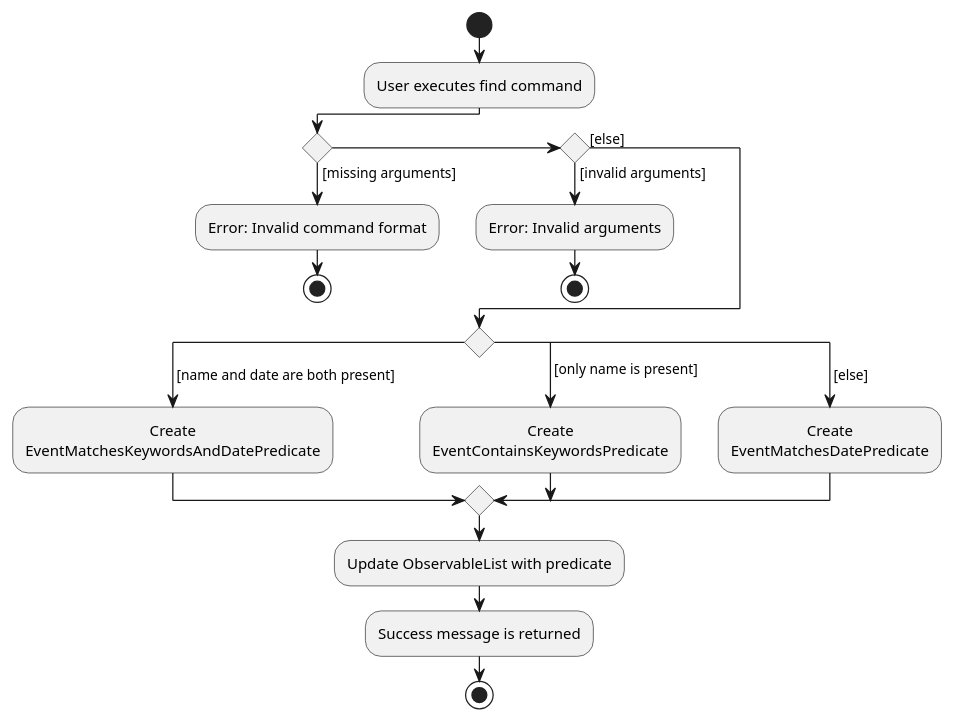
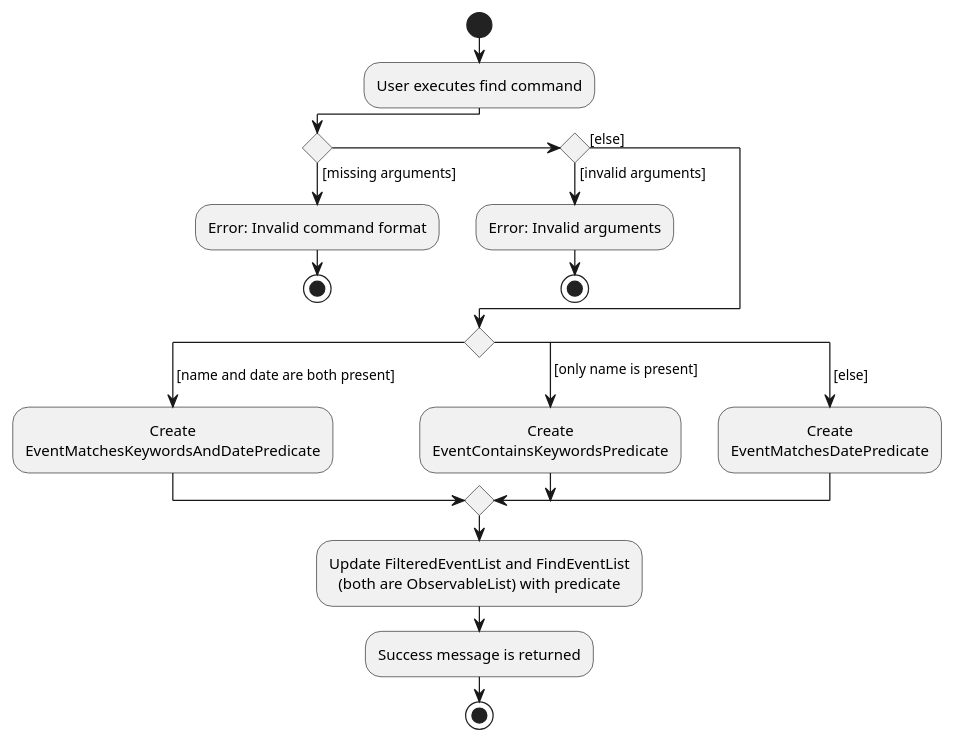
The diagram in docs/diagrams/FindCommandActivityDiagram.puml (nus-cs2103-AY2223S2/tp), drawn with PlantUML before and after one commit. The commit also changed 1 other file, not shown here.

Commit message:
Add next command activity diagram

```diff
--- a/docs/diagrams/FindCommandActivityDiagram.puml
+++ b/docs/diagrams/FindCommandActivityDiagram.puml
@@ -1,31 +1,32 @@
 @startuml
 skinparam defaultTextAlignment center
 start
 :User executes find command;
 
 'Since the beta syntax does not support placing the condition outside the
 'diamond we place it as the true branch instead.
 
 if () then ([missing arguments])
     :Error: Invalid command format;
 stop
 else if () then ([invalid arguments])
     :Error: Invalid arguments;
 stop
 else ([else])
 endif
 switch ()
 case ( [name and date are both present])
     :Create
     EventMatchesKeywordsAndDatePredicate;
 case ( [only name is present])
     :Create
     EventContainsKeywordsPredicate;
 case ( [else])
     :Create
     EventMatchesDatePredicate;
 endswitch
-:Update ObservableList with predicate;
+:Update FilteredEventList and FindEventList
+(both are ObservableList) with predicate;
 :Success message is returned;
 stop
 @enduml
```
